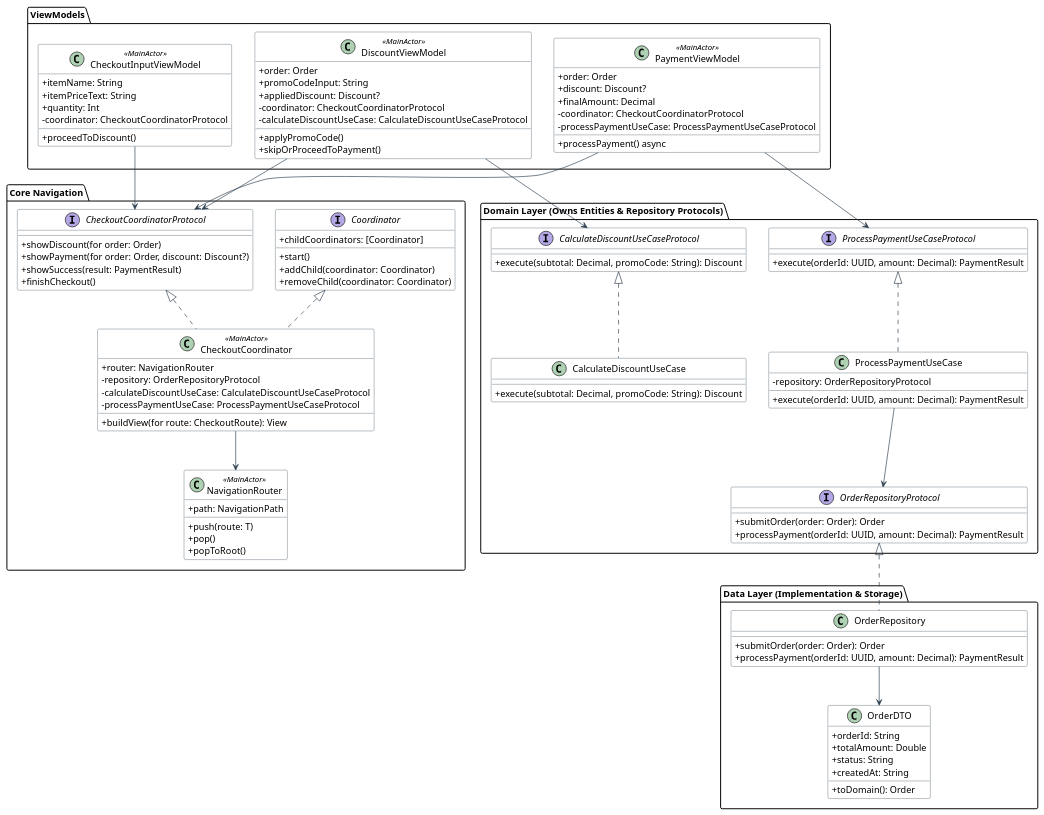
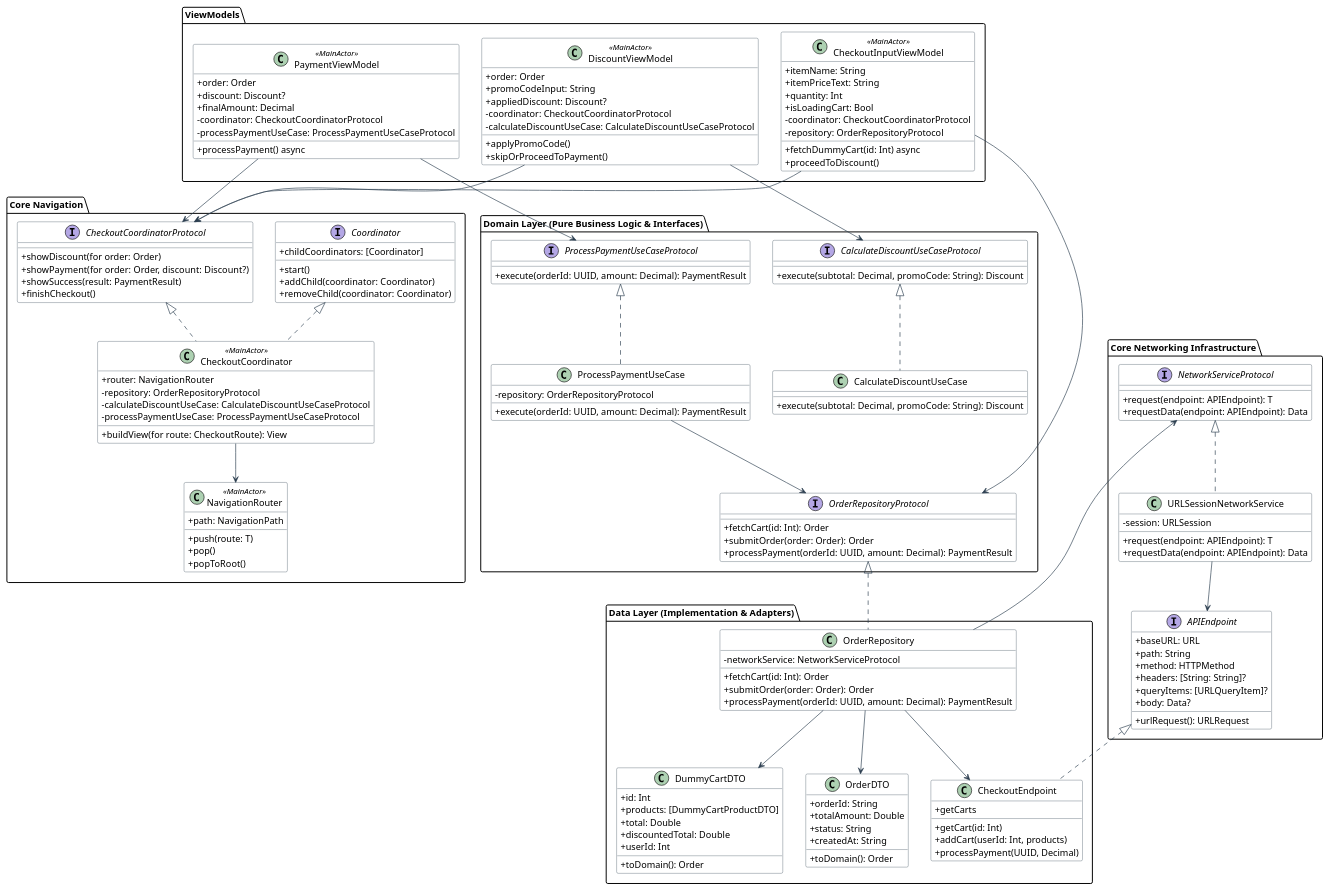
The third of 4 diagrams in Diagrams/architecture_diagrams.md (lwrnczeng/MVVMC-Blueprint), drawn with PlantUML before and after one commit. The commit also changed other lines of this file and 20 other files, not shown here.

Commit message:
updated code and diagrames

````diff
--- a/Diagrams/architecture_diagrams.md
+++ b/Diagrams/architecture_diagrams.md
@@ -293,10 +204,29 @@
         -processPaymentUseCase: ProcessPaymentUseCaseProtocol
         +buildView(for route: CheckoutRoute): View
     }
+}
 
-    Coordinator <|.. CheckoutCoordinator
-    CheckoutCoordinatorProtocol <|.. CheckoutCoordinator
-    CheckoutCoordinator --> NavigationRouter
+package "Core Networking Infrastructure" {
+    interface APIEndpoint {
+        +baseURL: URL
+        +path: String
+        +method: HTTPMethod
+        +headers: [String: String]?
+        +queryItems: [URLQueryItem]?
+        +body: Data?
+        +urlRequest(): URLRequest
+    }
+
+    interface NetworkServiceProtocol {
+        +request(endpoint: APIEndpoint): T
+        +requestData(endpoint: APIEndpoint): Data
+    }
+
+    class URLSessionNetworkService {
+        -session: URLSession
+        +request(endpoint: APIEndpoint): T
+        +requestData(endpoint: APIEndpoint): Data
+    }
 }
 
 package "ViewModels" {
@@ -304,7 +234,10 @@
         +itemName: String
         +itemPriceText: String
         +quantity: Int
+        +isLoadingCart: Bool
         -coordinator: CheckoutCoordinatorProtocol
+        -repository: OrderRepositoryProtocol
+        +fetchDummyCart(id: Int) async
         +proceedToDiscount()
     }
 
@@ -326,14 +259,11 @@
         -processPaymentUseCase: ProcessPaymentUseCaseProtocol
         +processPayment() async
     }
-
-    CheckoutInputViewModel --> CheckoutCoordinatorProtocol
-    DiscountViewModel --> CheckoutCoordinatorProtocol
-    PaymentViewModel --> CheckoutCoordinatorProtocol
 }
 
-package "Domain Layer (Owns Entities & Repository Protocols)" {
+package "Domain Layer (Pure Business Logic & Interfaces)" {
     interface OrderRepositoryProtocol {
+        +fetchCart(id: Int): Order
         +submitOrder(order: Order): Order
         +processPayment(orderId: UUID, amount: Decimal): PaymentResult
     }
@@ -354,18 +284,30 @@
         -repository: OrderRepositoryProtocol
         +execute(orderId: UUID, amount: Decimal): PaymentResult
     }
-
-    CalculateDiscountUseCaseProtocol <|.. CalculateDiscountUseCase
-    ProcessPaymentUseCaseProtocol <|.. ProcessPaymentUseCase
-    DiscountViewModel --> CalculateDiscountUseCaseProtocol
-    PaymentViewModel --> ProcessPaymentUseCaseProtocol
-    ProcessPaymentUseCase --> OrderRepositoryProtocol
 }
 
-package "Data Layer (Implementation & Storage)" {
+package "Data Layer (Implementation & Adapters)" {
     class OrderRepository {
+        -networkService: NetworkServiceProtocol
+        +fetchCart(id: Int): Order
         +submitOrder(order: Order): Order
         +processPayment(orderId: UUID, amount: Decimal): PaymentResult
+    }
+
+    class CheckoutEndpoint {
+        +getCart(id: Int)
+        +getCarts
+        +addCart(userId: Int, products)
+        +processPayment(UUID, Decimal)
+    }
+
+    class DummyCartDTO {
+        +id: Int
+        +products: [DummyCartProductDTO]
+        +total: Double
+        +discountedTotal: Double
+        +userId: Int
+        +toDomain(): Order
     }
 
     class OrderDTO {
@@ -375,9 +317,33 @@
         +createdAt: String
         +toDomain(): Order
     }
+}
 
-    OrderRepositoryProtocol <|.. OrderRepository
-    OrderRepository --> OrderDTO
-}
+' Relationships & Invocations (Declared outside packages to prevent visual duplication)
+Coordinator <|.. CheckoutCoordinator
+CheckoutCoordinatorProtocol <|.. CheckoutCoordinator
+CheckoutCoordinator --> NavigationRouter
+
+NetworkServiceProtocol <|.. URLSessionNetworkService
+URLSessionNetworkService --> APIEndpoint
+
+CheckoutInputViewModel --> CheckoutCoordinatorProtocol
+CheckoutInputViewModel --> OrderRepositoryProtocol
+DiscountViewModel --> CheckoutCoordinatorProtocol
+PaymentViewModel --> CheckoutCoordinatorProtocol
+
+CalculateDiscountUseCaseProtocol <|.. CalculateDiscountUseCase
+ProcessPaymentUseCaseProtocol <|.. ProcessPaymentUseCase
+DiscountViewModel --> CalculateDiscountUseCaseProtocol
+PaymentViewModel --> ProcessPaymentUseCaseProtocol
+ProcessPaymentUseCase --> OrderRepositoryProtocol
+
+OrderRepositoryProtocol <|.. OrderRepository
+APIEndpoint <|.. CheckoutEndpoint
+OrderRepository --> NetworkServiceProtocol
+OrderRepository --> CheckoutEndpoint
+OrderRepository --> DummyCartDTO
+OrderRepository --> OrderDTO
+
 @enduml
 ```
````
